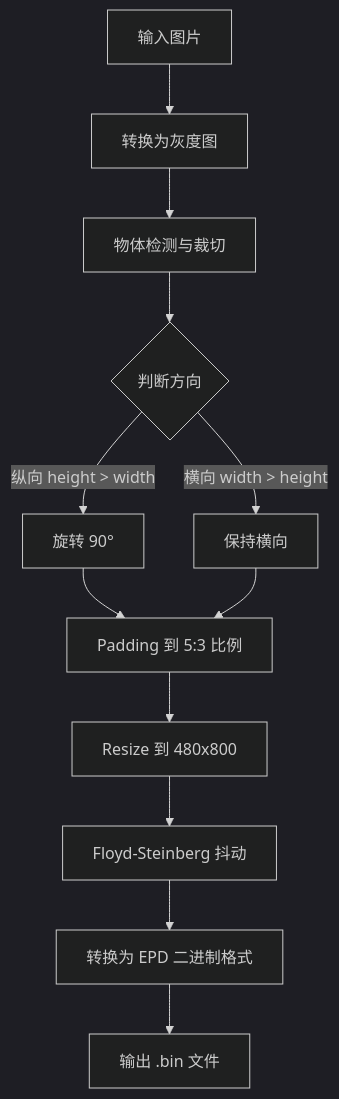
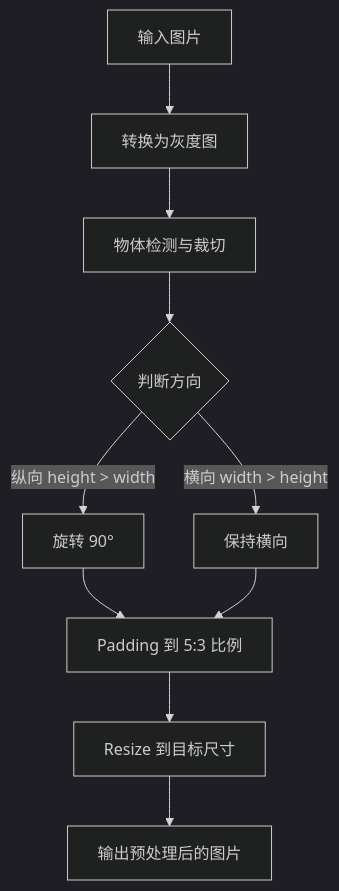
The first of 3 diagrams in README.md (asinkLuno/gEInk), drawn with Mermaid (dark theme) before and after one commit. The commit also changed other lines of this file and 14 other files, not shown here.

````diff
--- a/README.md
+++ b/README.md
@@ -7,14 +13,12 @@
 ```mermaid
 flowchart TD
     A[输入图片] --> B[转换为灰度图]
     B --> C[物体检测与裁切]
     C --> D{判断方向}
     D -->|纵向 height > width| E[旋转 90°]
     D -->|横向 width > height| F[保持横向]
     E --> G[Padding 到 5:3 比例]
     F --> G
-    G --> H[Resize 到 480x800]
-    H --> I[Floyd-Steinberg 抖动]
-    I --> J[转换为 EPD 二进制格式]
-    J --> K[输出 .bin 文件]
+    G --> H[Resize 到目标尺寸]
+    H --> I[输出预处理后的图片]
 ```
````
